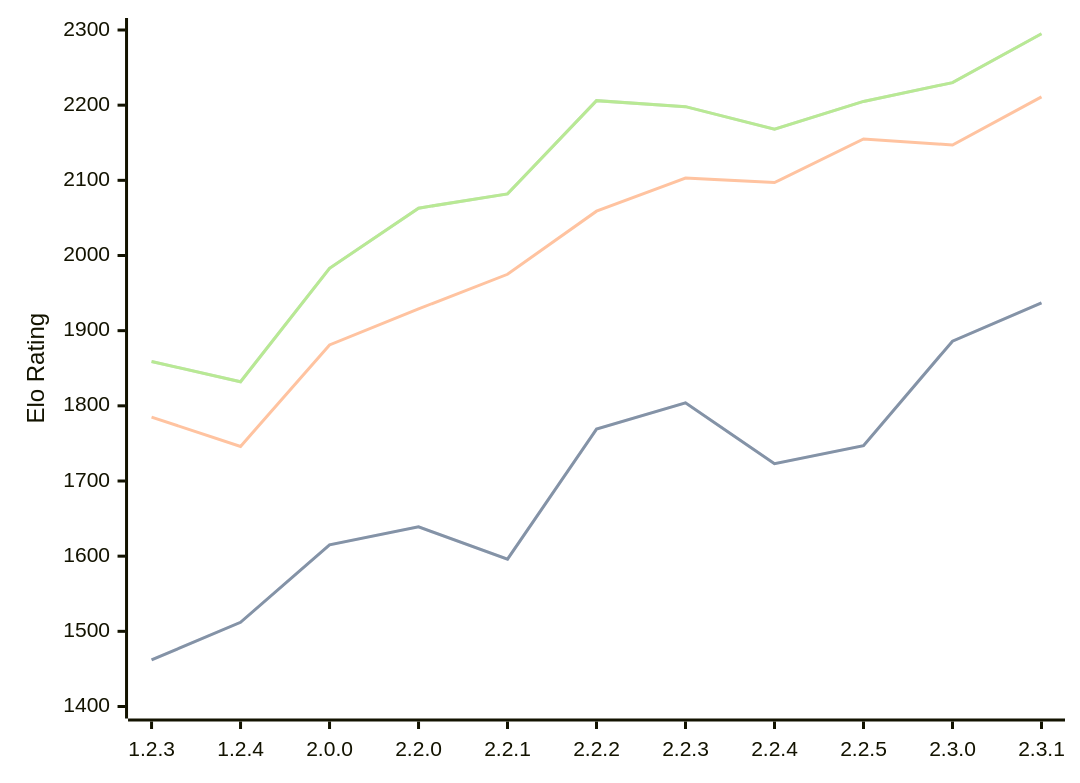
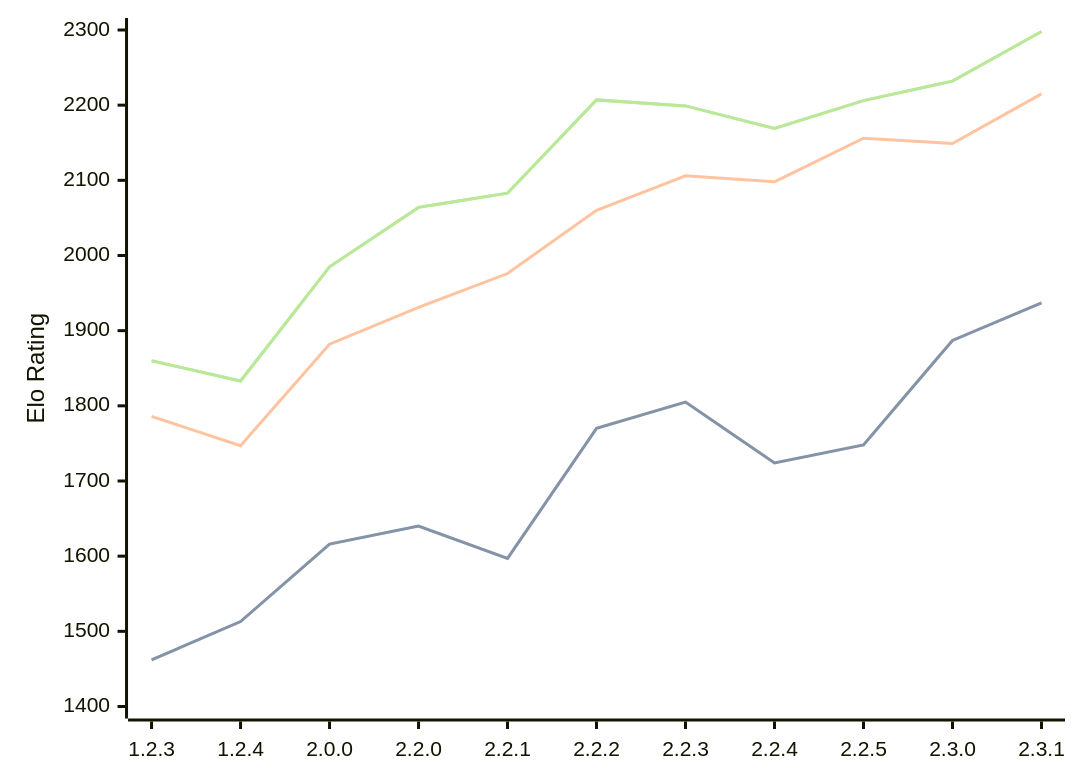
The diagram in engines/Kreveta.md (computer-chess-index/cci), drawn with Mermaid before and after one commit. The commit also changed other lines of this file, not shown here.

Commit message:
Update CCI Ratings (ELO VLTC) - 2026-08-09

````diff
--- a/engines/Kreveta.md
+++ b/engines/Kreveta.md
@@ -43,11 +43,11 @@
 ```mermaid
 %%{init: {"theme":"base","themeVariables":{"seriesColors:['#a3a3a3','#222221','#faa371']}}}%%
 xychart-beta
   x-axis ["1.2.3", "1.2.4", "2.0.0", "2.2.0", "2.2.1", "2.2.2", "2.2.3", "2.2.4", "2.2.5", "2.3.0", "2.3.1"]
   y-axis "Elo Rating" 1400 --> 2300
-  line "STC (8.0+0.08s)" [1462, 1512, 1615, 1639, 1596, 1769, 1804, 1723, 1747, 1886, 1937]
-  line "STC (8.0+0.08s)" [1462, 1512, 1615, 1639, 1596, 1769, 1804, 1723, 1747, 1886, 1937]
-  line "LTC (60.0+0.60s)" [1785, 1746, 1881, 1929, 1975, 2059, 2103, 2097, 2155, 2147, 2211]
-  line "VLTC (2m24s+1.12s)" [1859, 1832, 1983, 2063, 2082, 2206, 2198, 2168, 2205, 2230, 2295]
-  line "VLTC (2m24s+1.12s)" [1859, 1832, 1983, 2063, 2082, 2206, 2198, 2168, 2205, 2230, 2295]
+  line "STC (8.0+0.08s)" [1462, 1513, 1616, 1640, 1597, 1770, 1805, 1724, 1748, 1887, 1937]
+  line "STC (8.0+0.08s)" [1462, 1513, 1616, 1640, 1597, 1770, 1805, 1724, 1748, 1887, 1937]
+  line "LTC (60.0+0.60s)" [1786, 1747, 1882, 1931, 1976, 2060, 2106, 2098, 2156, 2149, 2215]
+  line "VLTC (2m24s+1.12s)" [1860, 1833, 1985, 2064, 2083, 2207, 2199, 2169, 2206, 2232, 2298]
+  line "VLTC (2m24s+1.12s)" [1860, 1833, 1985, 2064, 2083, 2207, 2199, 2169, 2206, 2232, 2298]
 ```
````
